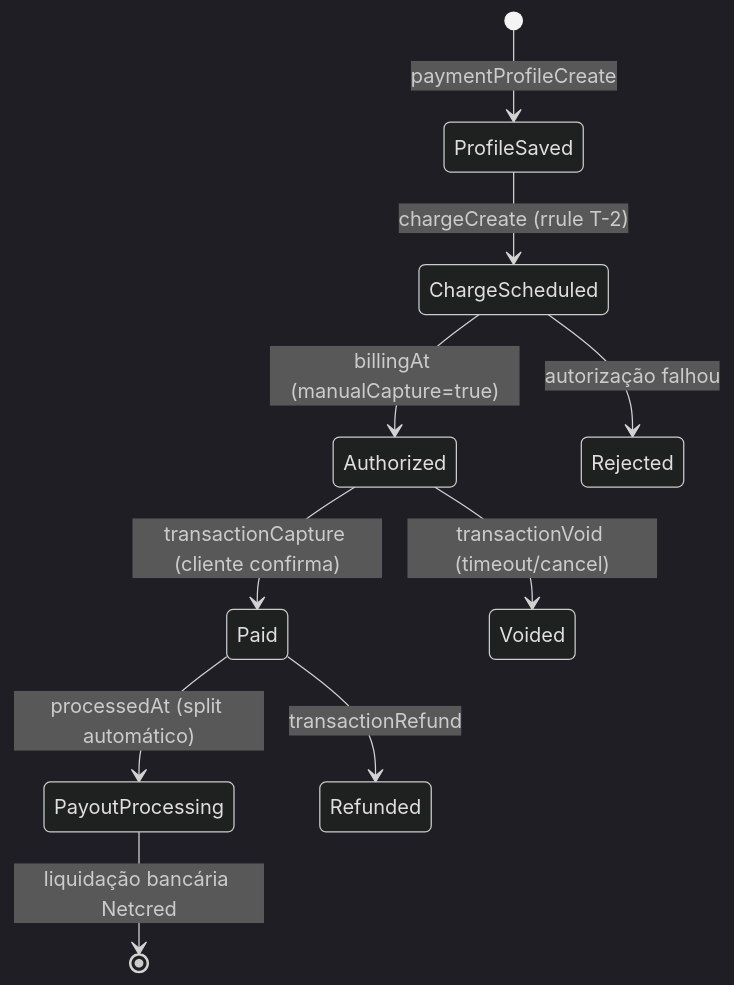
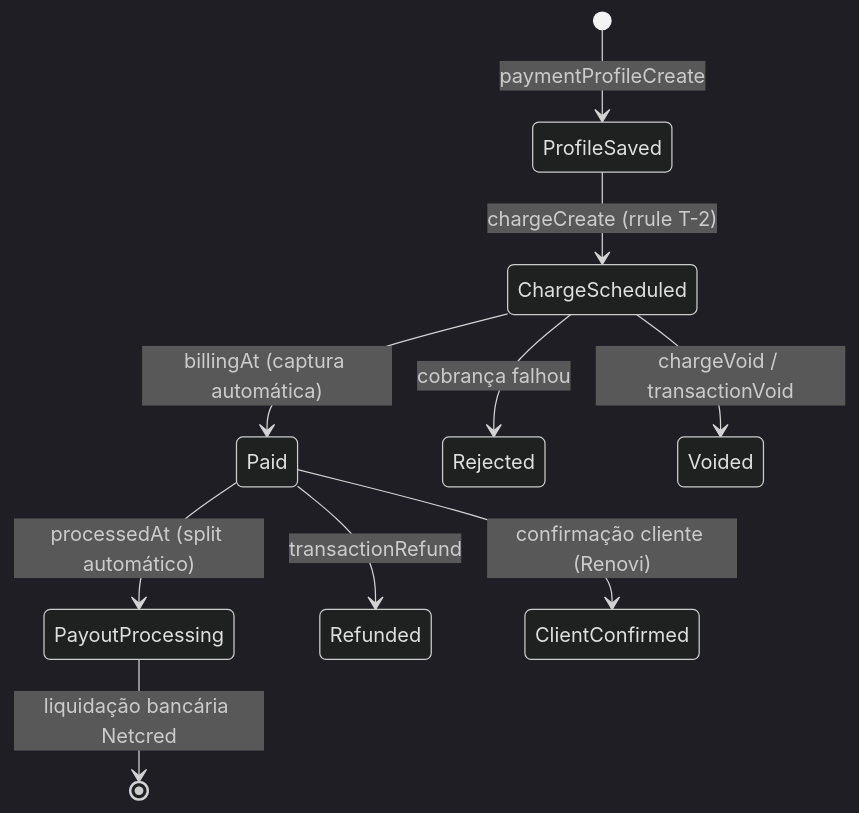
Before and after one commit to higorpo/renovi-orbit-test: the second of 4 diagrams in docs/payments-api.md, drawn with Mermaid (dark theme). The commit also changed other lines of this file, not shown here.

First line of the commit message:
Update payments API documentation to reflect changes in charge process and transaction handling

````diff
--- a/docs/payments-api.md
+++ b/docs/payments-api.md
@@ -505,12 +487,12 @@
 ```mermaid
 stateDiagram-v2
   [*] --> ProfileSaved: paymentProfileCreate
   ProfileSaved --> ChargeScheduled: chargeCreate (rrule T-2)
-  ChargeScheduled --> Authorized: billingAt (manualCapture=true)
-  Authorized --> Paid: transactionCapture (cliente confirma)
-  Authorized --> Voided: transactionVoid (timeout/cancel)
-  ChargeScheduled --> Rejected: autorização falhou
+  ChargeScheduled --> Paid: billingAt (captura automática)
+  ChargeScheduled --> Rejected: cobrança falhou
+  ChargeScheduled --> Voided: chargeVoid / transactionVoid
   Paid --> PayoutProcessing: processedAt (split automático)
   PayoutProcessing --> [*]: liquidação bancária Netcred
   Paid --> Refunded: transactionRefund
+  Paid --> ClientConfirmed: confirmação cliente (Renovi)
 ```
````
